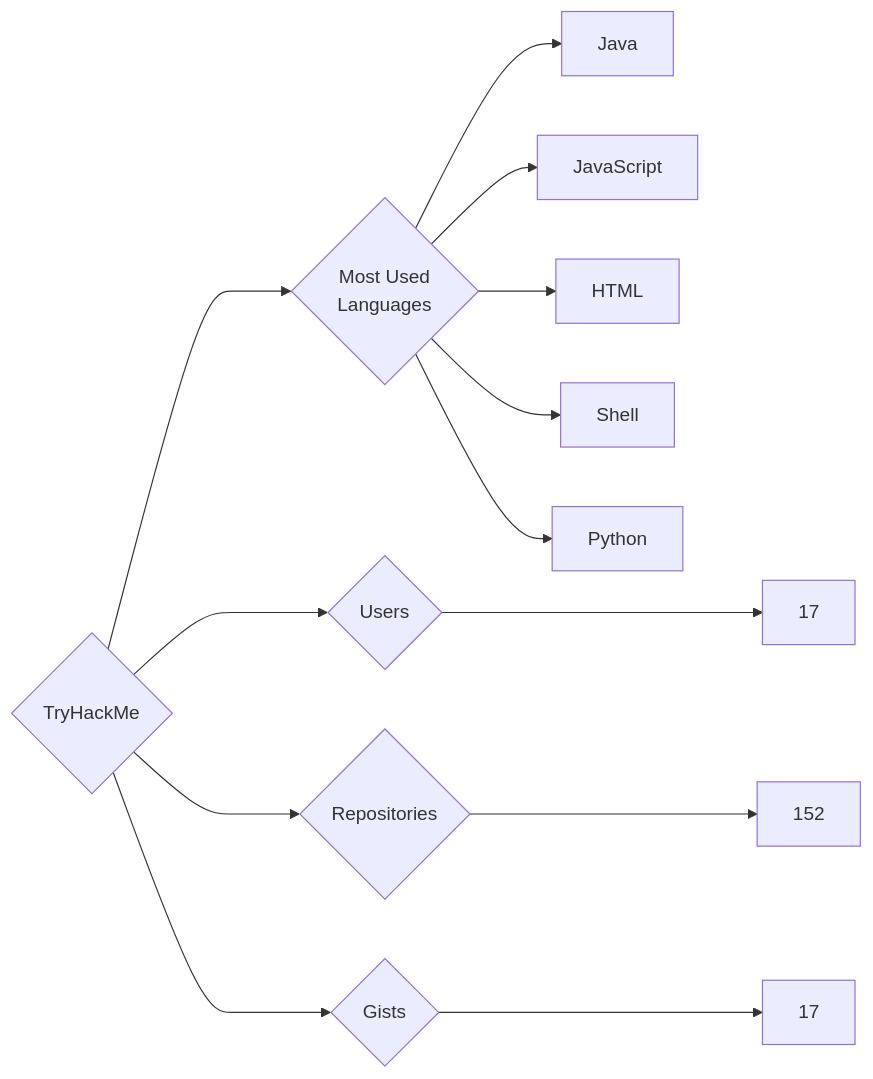
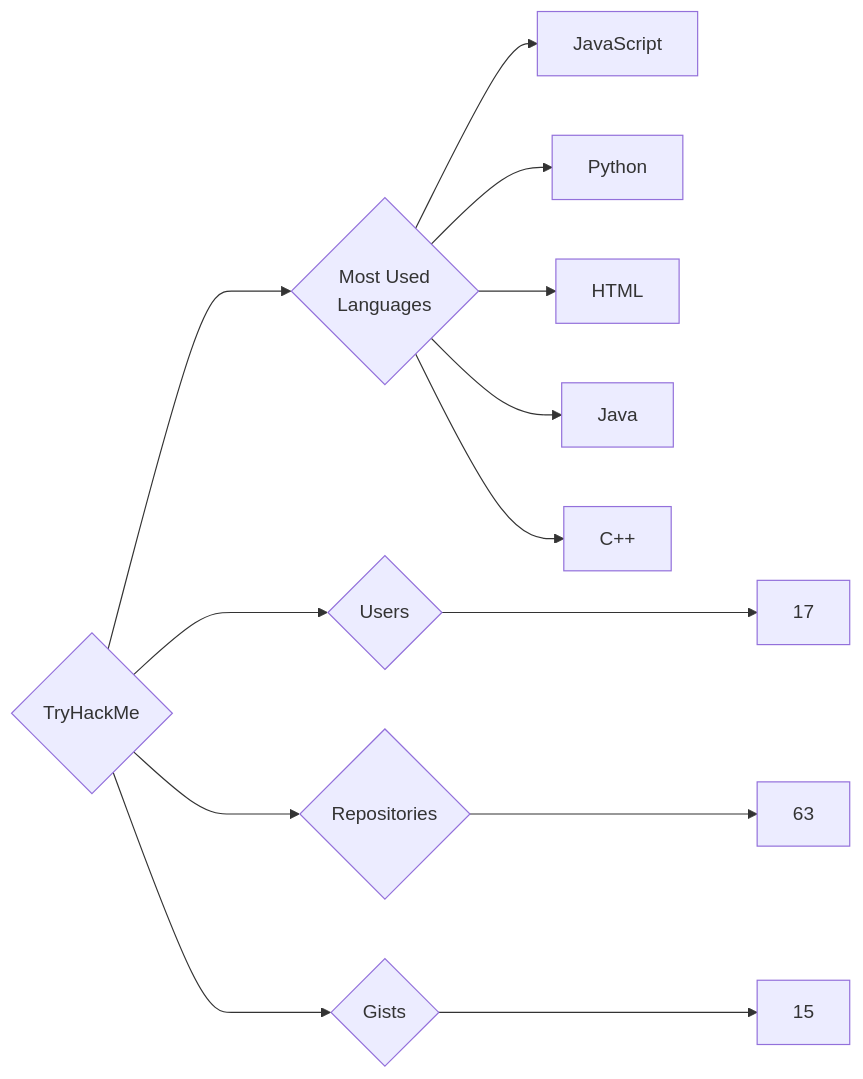
One commit to trickest/insiders changed the diagram in targets/TryHackMe/README.md. Above: the diagram before and after it, drawn with Mermaid. The commit also changed 715 other files, not shown here.

````diff
--- a/targets/TryHackMe/README.md
+++ b/targets/TryHackMe/README.md
@@ -3,13 +3,13 @@
 ```mermaid
 graph LR
 COMPANY_NAME{TryHackMe}
 COMPANY_NAME ---> U{Users} ---> UN[17]
-COMPANY_NAME ---> R{Repositories} ---> RN[152]
-COMPANY_NAME ---> G{Gists} ---> GN[17]
+COMPANY_NAME ---> R{Repositories} ---> RN[63]
+COMPANY_NAME ---> G{Gists} ---> GN[15]
 COMPANY_NAME ---> ML{Most Used<br>Languages}
+ML --> JavaScript[JavaScript]
+ML --> Python[Python]
+ML --> HTML[HTML]
 ML --> Java[Java]
-ML --> JavaScript[JavaScript]
-ML --> HTML[HTML]
-ML --> Shell[Shell]
-ML --> Python[Python]
+ML --> C++[C++]
 ```
````
